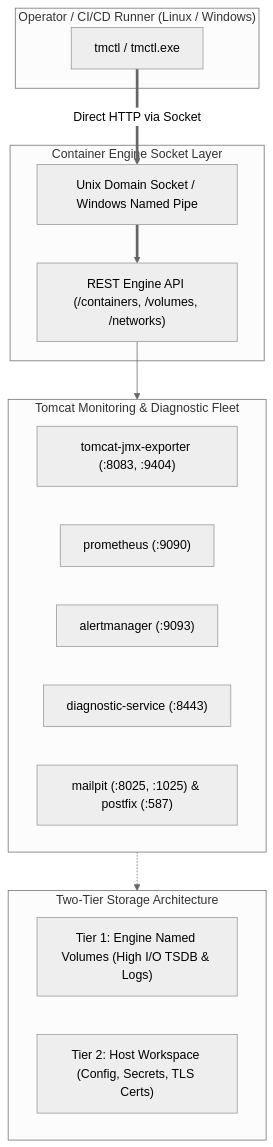
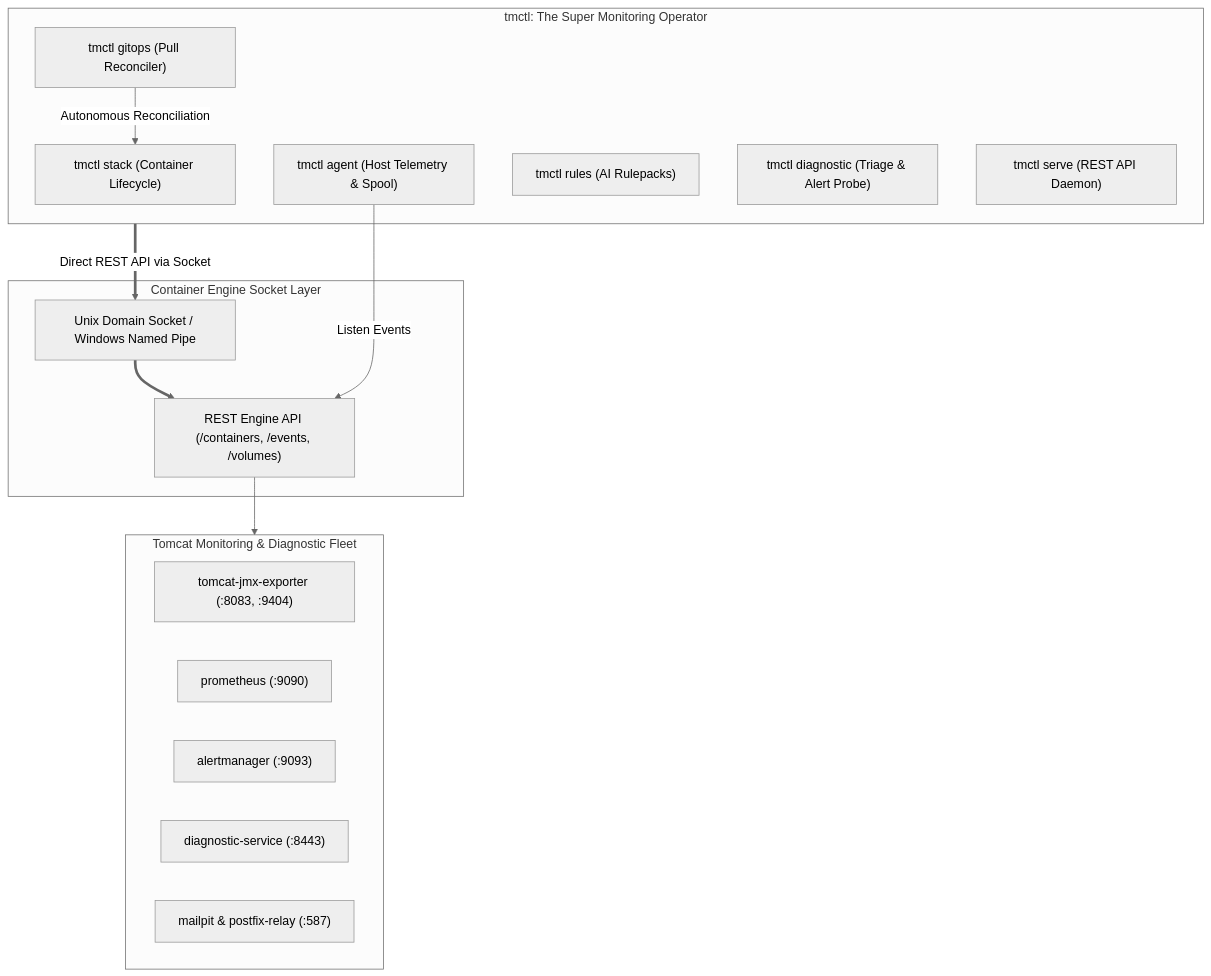
The first of 2 diagrams in README.md (edkas07-oss/tmctl), drawn with Mermaid (neutral theme) before and after one commit. The commit also changed other lines of this file and 31 other files, not shown here.

Commit message:
feat(tmctl): elevate to Super Operator with integrated Agent, GitOps, Triage, and REST API

````diff
--- a/README.md
+++ b/README.md
@@ -60,28 +64,29 @@
 ```mermaid
 flowchart TD
-    subgraph OPERATOR["Operator / CI/CD Runner (Linux / Windows)"]
-        CLI["tmctl / tmctl.exe"]
+    subgraph OPERATOR["tmctl: The Super Monitoring Operator"]
+        STACK["tmctl stack (Container Lifecycle)"]
+        AGENT["tmctl agent (Host Telemetry & Spool)"]
+        GITOPS["tmctl gitops (Pull Reconciler)"]
+        RULES["tmctl rules (AI Rulepacks)"]
+        DIAG["tmctl diagnostic (Triage & Alert Probe)"]
+        SERVE["tmctl serve (REST API Daemon)"]
     end
 
     subgraph ENGINE["Container Engine Socket Layer"]
         SOCK["Unix Domain Socket / Windows Named Pipe"]
-        API["REST Engine API (/containers, /volumes, /networks)"]
+        API["REST Engine API (/containers, /events, /volumes)"]
     end
 
     subgraph FLEET["Tomcat Monitoring & Diagnostic Fleet"]
         JMX["tomcat-jmx-exporter (:8083, :9404)"]
         PROM["prometheus (:9090)"]
         AM["alertmanager (:9093)"]
-        DIAG["diagnostic-service (:8443)"]
-        MAIL["mailpit (:8025, :1025) & postfix (:587)"]
+        DIAG_SVC["diagnostic-service (:8443)"]
+        MAIL["mailpit & postfix-relay (:587)"]
     end
 
-    subgraph STORAGE["Two-Tier Storage Architecture"]
-        T1["Tier 1: Engine Named Volumes (High I/O TSDB & Logs)"]
-        T2["Tier 2: Host Workspace (Config, Secrets, TLS Certs)"]
-    end
-
-    CLI ==>|Direct HTTP via Socket| SOCK ==> API
+    OPERATOR ==>|Direct REST API via Socket| SOCK ==> API
     API --> FLEET
-    FLEET -.-> STORAGE
+    AGENT -->|Listen Events| API
+    GITOPS -->|Autonomous Reconciliation| STACK
 ```
````
